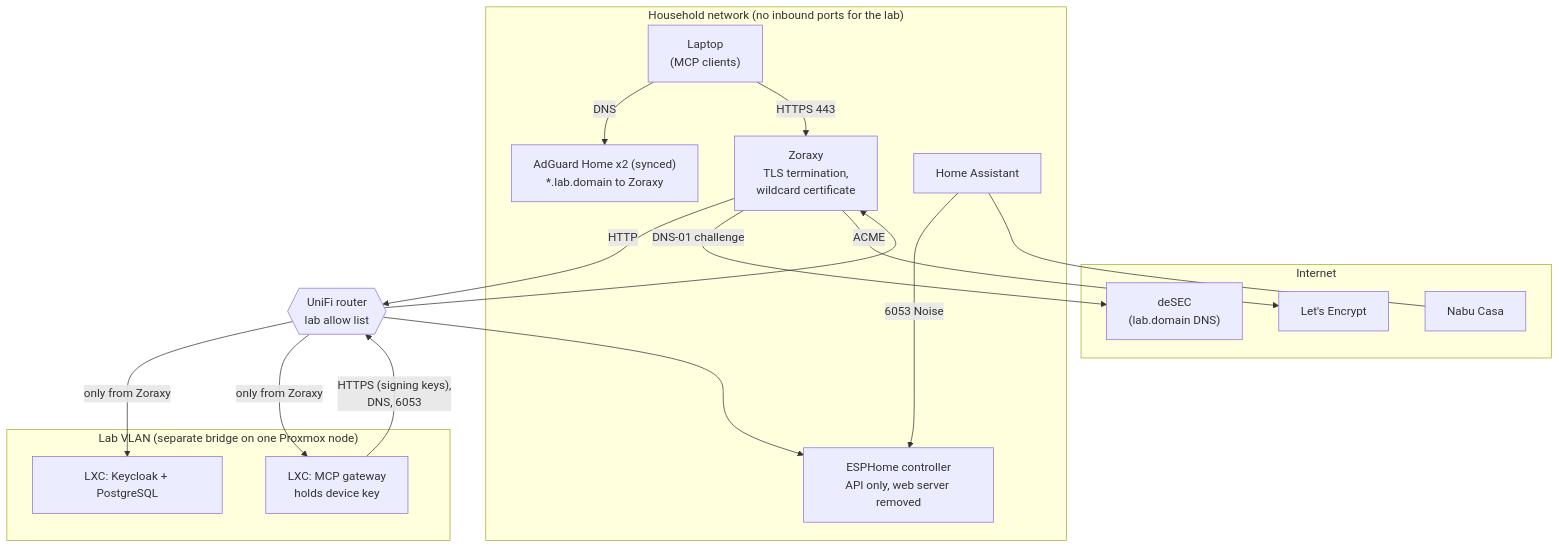
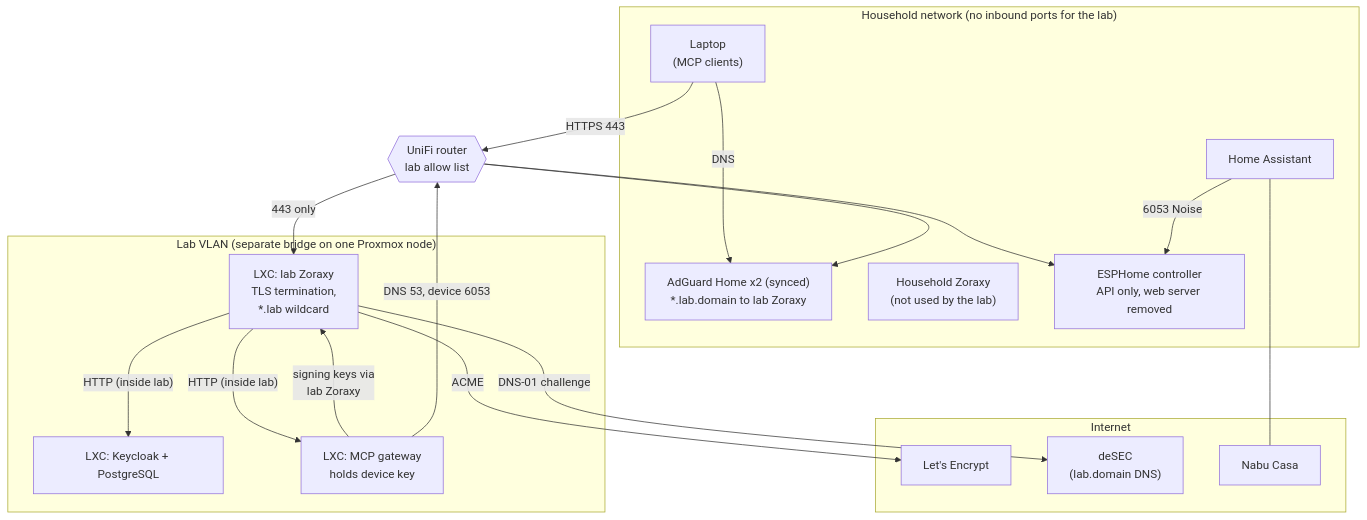
The sixth of 6 diagrams in docs/architecture/02-baseline-target.md (MartyTremblay/navien-mcp-gateway), drawn with Mermaid before and after one commit. The commit also changed other lines of this file and 2 other files, not shown here.

First line of the commit message:
Amend ADR 0006: dedicated lab reverse proxy

````diff
--- a/docs/architecture/02-baseline-target.md
+++ b/docs/architecture/02-baseline-target.md
@@ -224,36 +224,38 @@
 ```mermaid
 flowchart TB
     subgraph internet["Internet"]
         le["Let's Encrypt"]
         desec["deSEC<br/>(lab.domain DNS)"]
         nabu["Nabu Casa"]
     end
 
     subgraph lan["Household network (no inbound ports for the lab)"]
         laptop["Laptop<br/>(MCP clients)"]
-        adg["AdGuard Home x2 (synced)<br/>*.lab.domain to Zoraxy"]
-        zx["Zoraxy<br/>TLS termination,<br/>wildcard certificate"]
+        adg["AdGuard Home x2 (synced)<br/>*.lab.domain to lab Zoraxy"]
+        hzx["Household Zoraxy<br/>(not used by the lab)"]
         ha["Home Assistant"]
         esp["ESPHome controller<br/>API only, web server removed"]
     end
 
     router{{"UniFi router<br/>lab allow list"}}
 
     subgraph labnet["Lab VLAN (separate bridge on one Proxmox node)"]
+        zx["LXC: lab Zoraxy<br/>TLS termination,<br/>*.lab wildcard"]
         kclxc["LXC: Keycloak + PostgreSQL"]
         gwlxc["LXC: MCP gateway<br/>holds device key"]
     end
 
     laptop -- "DNS" --> adg
-    laptop -- "HTTPS 443" --> zx
-    zx -- "HTTP" --> router
-    router -- "only from Zoraxy" --> kclxc
-    router -- "only from Zoraxy" --> gwlxc
-    gwlxc -- "HTTPS (signing keys),<br/>DNS, 6053" --> router
-    router --> zx
+    laptop -- "HTTPS 443" --> router
+    router -- "443 only" --> zx
+    zx -- "HTTP (inside lab)" --> kclxc
+    zx -- "HTTP (inside lab)" --> gwlxc
+    gwlxc -- "signing keys via<br/>lab Zoraxy" --> zx
+    gwlxc -- "DNS 53, device 6053" --> router
+    router --> adg
     router --> esp
     ha -- "6053 Noise" --> esp
     zx -- "DNS-01 challenge" --> desec
     zx -- "ACME" --> le
     ha --- nabu
 ```
````
